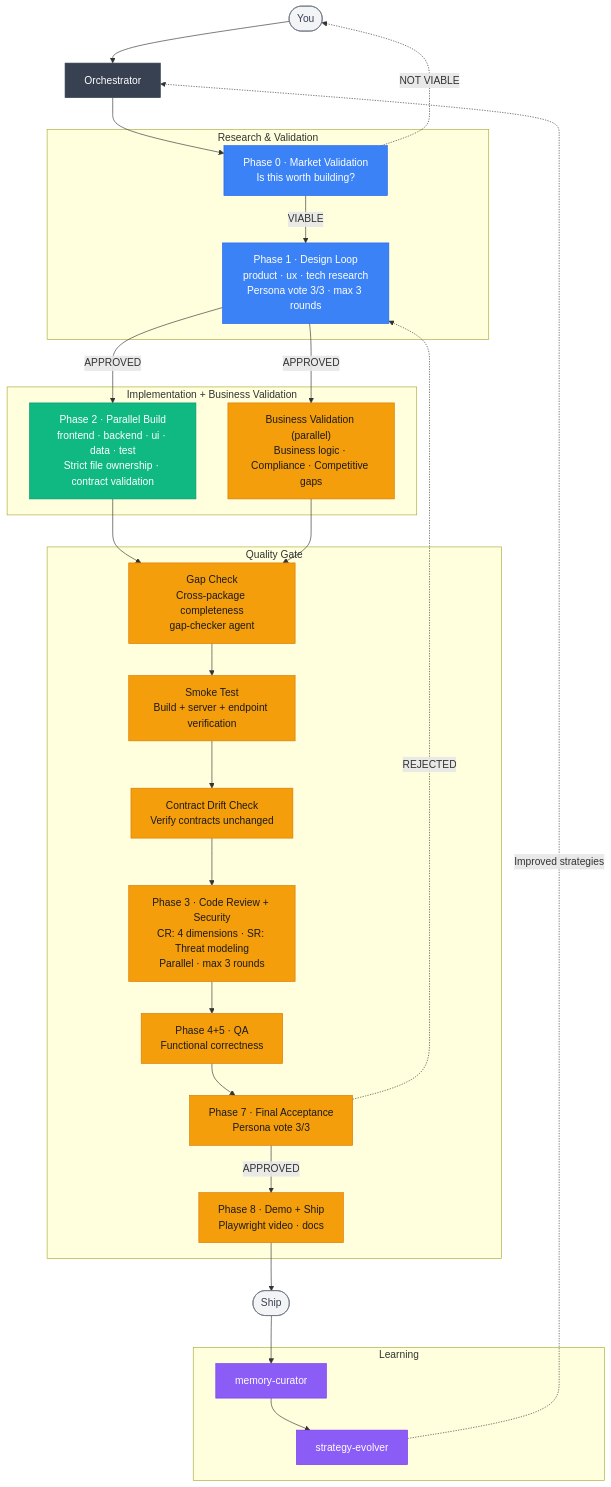
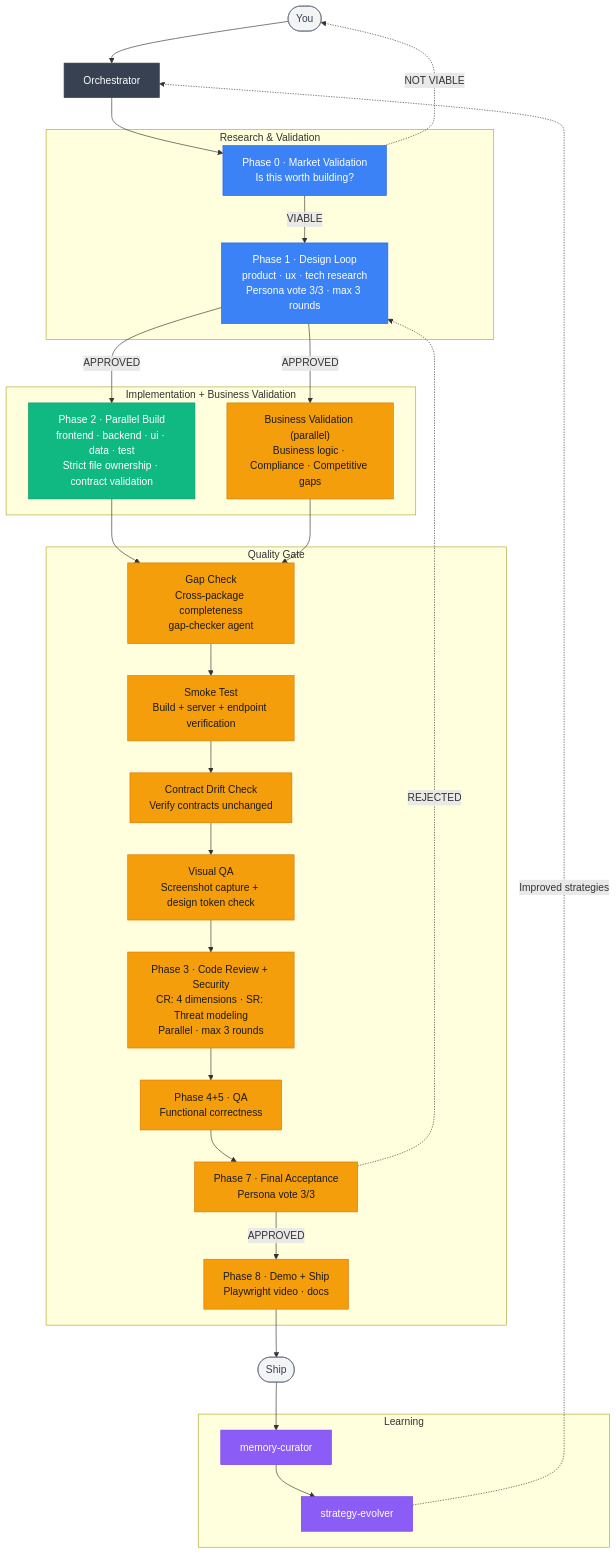
The diagram in README.md (zee-sandev/solo-dev), drawn with Mermaid before and after one commit. The commit also changed 24 other files, not shown here.

````diff
--- a/README.md
+++ b/README.md
@@ -215,55 +215,57 @@
 ```mermaid
 flowchart TD
     classDef orch fill:#374151,color:#fff,stroke:#374151
     classDef research fill:#3b82f6,color:#fff,stroke:#2563eb
     classDef impl fill:#10b981,color:#fff,stroke:#059669
     classDef quality fill:#f59e0b,color:#1a1a1a,stroke:#d97706
     classDef memory fill:#8b5cf6,color:#fff,stroke:#7c3aed
     classDef terminal fill:#f3f4f6,stroke:#6b7280,color:#374151
 
     U([You]):::terminal --> O[Orchestrator]:::orch
 
     subgraph RESEARCH["  Research & Validation  "]
         P0["Phase 0 · Market Validation<br/>Is this worth building?"]:::research
         P12["Phase 1 · Design Loop<br/>product · ux · tech research<br/>Persona vote 3/3 · max 3 rounds"]:::research
     end
 
     subgraph IMPL["  Implementation + Business Validation  "]
         P2["Phase 2 · Parallel Build<br/>frontend · backend · ui · data · test<br/>Strict file ownership · contract validation"]:::impl
         BV["Business Validation (parallel)<br/>Business logic · Compliance · Competitive gaps"]:::quality
     end
 
     subgraph QUALITY["  Quality Gate  "]
         GC["Gap Check<br/>Cross-package completeness<br/>gap-checker agent"]:::quality
         ST["Smoke Test<br/>Build + server + endpoint verification"]:::quality
         DCH["Contract Drift Check<br/>Verify contracts unchanged"]:::quality
+        VQA["Visual QA<br/>Screenshot capture + design token check"]:::quality
         P3["Phase 3 · Code Review + Security<br/>CR: 4 dimensions · SR: Threat modeling<br/>Parallel · max 3 rounds"]:::quality
         P45["Phase 4+5 · QA<br/>Functional correctness"]:::quality
         P7["Phase 7 · Final Acceptance<br/>Persona vote 3/3"]:::quality
         P8["Phase 8 · Demo + Ship<br/>Playwright video · docs"]:::quality
     end
 
     subgraph LEARNING["  Learning  "]
         MC[memory-curator]:::memory
         SE[strategy-evolver]:::memory
     end
 
     O --> P0
     P0 -->|VIABLE| P12
     P0 -.->|NOT VIABLE| U
     P12 -->|APPROVED| P2
     P12 -->|APPROVED| BV
     P2 --> GC
     BV --> GC
     GC --> ST
     ST --> DCH
-    DCH --> P3
+    DCH --> VQA
+    VQA --> P3
     P3 --> P45
     P45 --> P7
     P7 -->|APPROVED| P8
     P7 -.->|REJECTED| P12
     P8 --> SHIP([Ship]):::terminal
     SHIP --> MC
     MC --> SE
     SE -.->|Improved strategies| O
 ```
````
